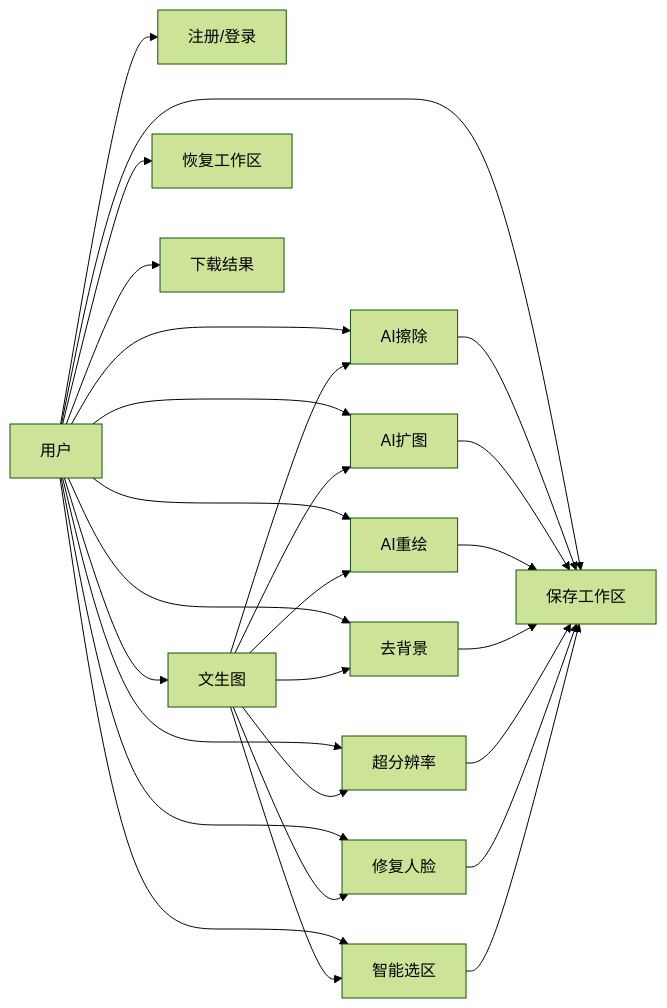
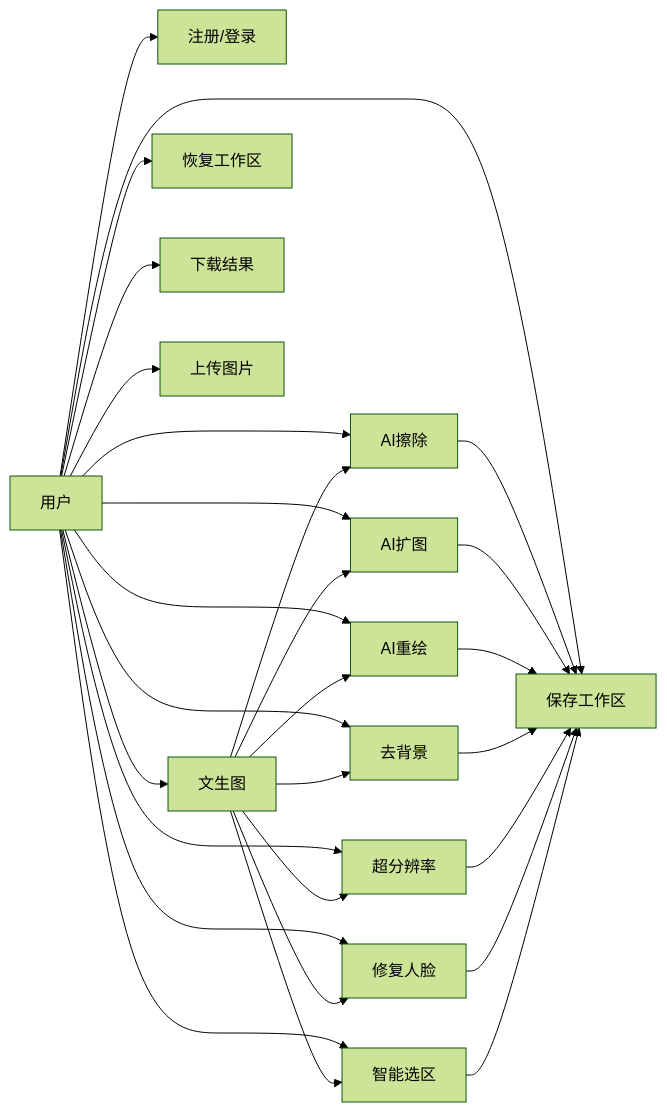
The first of 3 diagrams in doc/paper.md (LyferLu/Artie), drawn with Mermaid (forest theme) before and after one commit. The commit also changed other lines of this file, not shown here.

````diff
--- a/doc/paper.md
+++ b/doc/paper.md
@@ -364,44 +364,46 @@
 ```mermaid
 flowchart LR
     U[用户]
     A[注册/登录]
     B[文生图]
     C[AI擦除]
     D[AI扩图]
     E[AI重绘]
     F[去背景]
     G[超分辨率]
     H[修复人脸]
     I[智能选区]
     J[保存工作区]
     K[恢复工作区]
     L[下载结果]
+    P[上传图片]
 
     U --> A
     U --> B
     U --> C
     U --> D
     U --> E
     U --> F
     U --> G
     U --> H
     U --> I
     U --> J
     U --> K
     U --> L
+    U --> P
 
     B --> C
     B --> D
     B --> E
     B --> F
     B --> G
     B --> H
     B --> I
     C --> J
     D --> J
     E --> J
     F --> J
     G --> J
     H --> J
     I --> J
 ```
````
